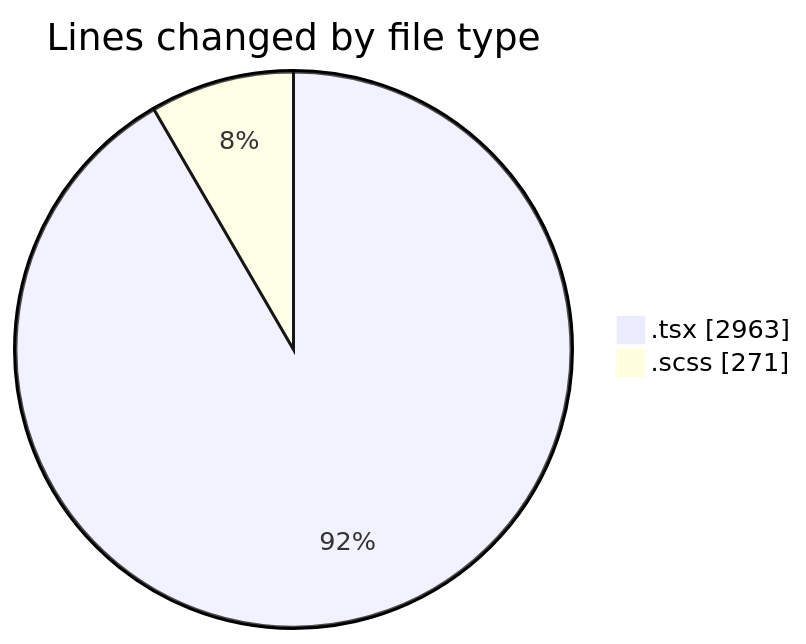
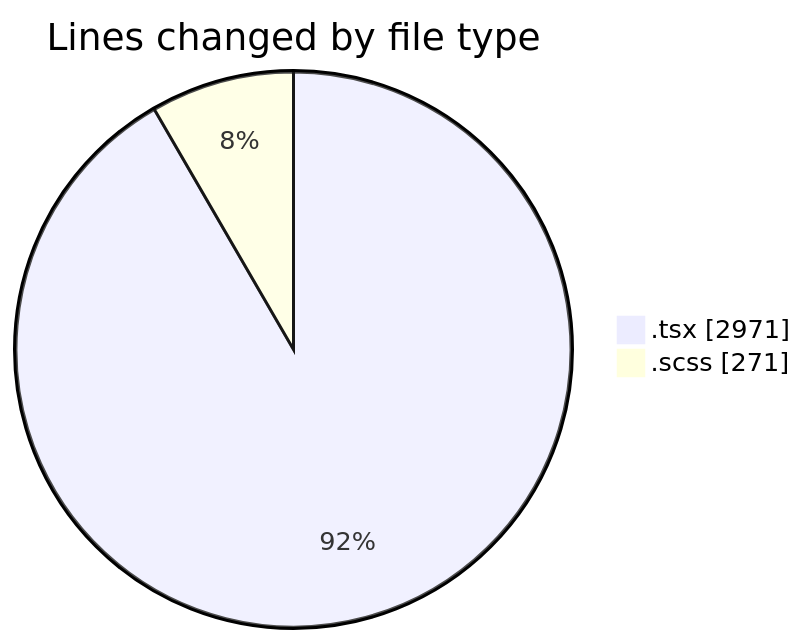
Before and after one commit to momahboobian/code-tracking: the first of 2 diagrams in 2025-11-18/cda/README.md, drawn with Mermaid. The commit also changed other lines of this file and 1 other file, not shown here.

````diff
--- a/2025-11-18/cda/README.md
+++ b/2025-11-18/cda/README.md
@@ -25,6 +25,6 @@
 ```mermaid
 pie showData
 title Lines changed by file type
-".tsx" : 2963
+".tsx" : 2971
 ".scss" : 271
 ```
````
